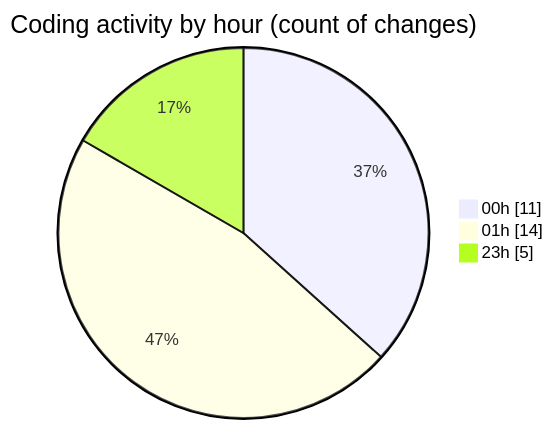
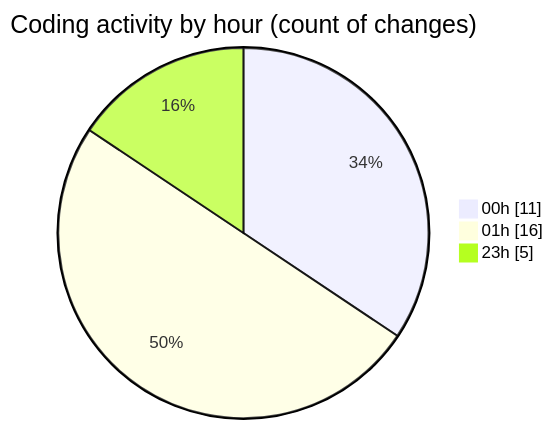
The second of 2 diagrams in 2025-02-21/projet/README.md (Elitesun/code-tracking), drawn with Mermaid before and after one commit. The commit also changed other lines of this file and 1 other file, not shown here.

````diff
--- a/2025-02-21/projet/README.md
+++ b/2025-02-21/projet/README.md
@@ -34,7 +34,7 @@
 ```mermaid
 pie showData
 title Coding activity by hour (count of changes)
 "00h" : 11
-"01h" : 14
+"01h" : 16
 "23h" : 5
 ```
````
